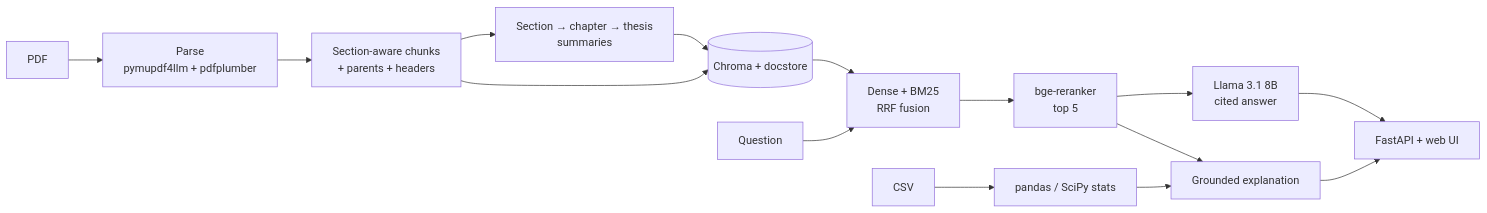
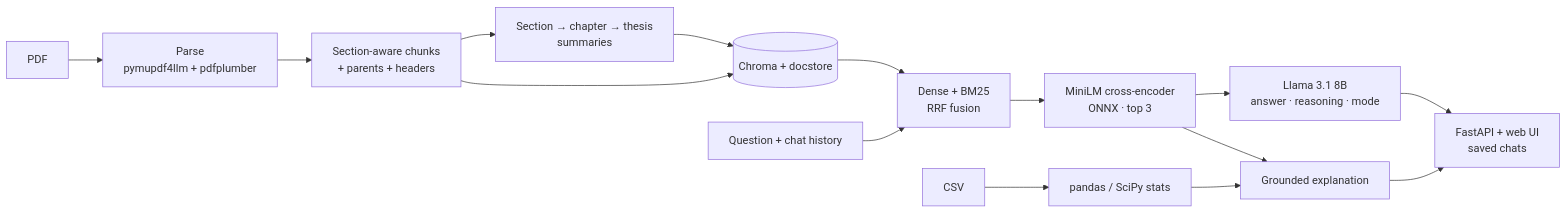
The diagram in README.md (magic-peach/RAG-model), drawn with Mermaid before and after one commit. The commit also changed other lines of this file, not shown here.

````diff
--- a/README.md
+++ b/README.md
@@ -17,17 +20,17 @@
 ```mermaid
 flowchart LR
     PDF[PDF] --> P[Parse<br/>pymupdf4llm + pdfplumber]
     P --> C[Section-aware chunks<br/>+ parents + headers]
     C --> S[Section → chapter → thesis<br/>summaries]
     C --> DB[(Chroma + docstore)]
     S --> DB
-    Q[Question] --> H[Dense + BM25<br/>RRF fusion]
+    Q[Question + chat history] --> H[Dense + BM25<br/>RRF fusion]
     DB --> H
-    H --> RR[bge-reranker<br/>top 5]
-    RR --> G[Llama 3.1 8B<br/>cited answer]
-    G --> UI[FastAPI + web UI]
+    H --> RR[MiniLM cross-encoder<br/>ONNX · top 3]
+    RR --> G[Llama 3.1 8B<br/>answer · reasoning · mode]
+    G --> UI[FastAPI + web UI<br/>saved chats]
     CSV[CSV] --> ST[pandas / SciPy stats]
     ST --> X[Grounded explanation]
     RR --> X
     X --> UI
 ```
````
